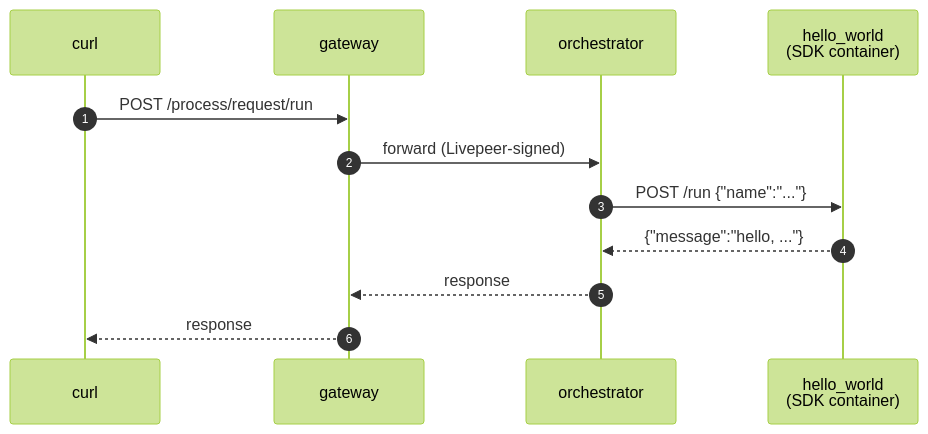
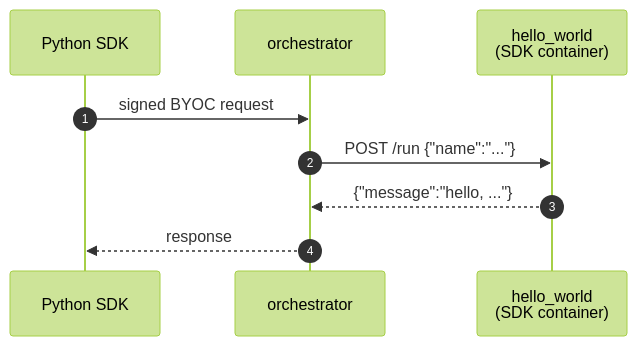
One commit to eliteprox/python-gateway changed the diagram in examples/runner/hello_world/README.md. Above: the diagram before and after it, drawn with Mermaid (forest theme). The commit also changed other lines of this file and 39 other files, not shown here.

First line of the commit message:
feat(examples): migrate BYOC examples to Python SDK for capability registration

````diff
--- a/examples/runner/hello_world/README.md
+++ b/examples/runner/hello_world/README.md
@@ -36,15 +39,12 @@
 ```mermaid
 sequenceDiagram
     autonumber
-    participant curl
-    participant gateway
+    participant sdk as Python SDK
     participant orchestrator
     participant hello_world as hello_world<br/>(SDK container)
 
-    curl->>gateway: POST /process/request/run
-    gateway->>orchestrator: forward (Livepeer-signed)
+    sdk->>orchestrator: signed BYOC request
     orchestrator->>hello_world: POST /run {"name":"..."}
     hello_world-->>orchestrator: {"message":"hello, ..."}
-    orchestrator-->>gateway: response
-    gateway-->>curl: response
+    orchestrator-->>sdk: response
 ```
````
